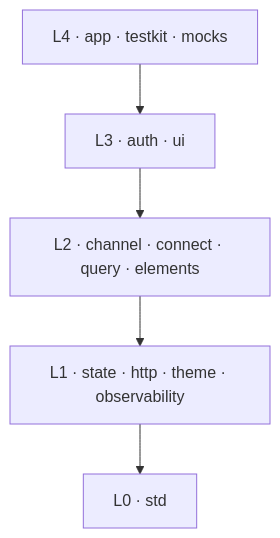
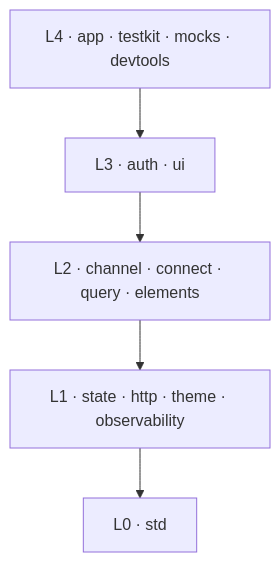
Before and after one commit to kbukum/plainworks: the diagram in README.md, drawn with Mermaid. The commit also changed other lines of this file and 41 other files, not shown here.

````diff
--- a/README.md
+++ b/README.md
@@ -43,7 +44,7 @@
 ```mermaid
 flowchart TD
-  L4["L4 · app · testkit · mocks"] --> L3["L3 · auth · ui"]
+  L4["L4 · app · testkit · mocks · devtools"] --> L3["L3 · auth · ui"]
   L3 --> L2["L2 · channel · connect · query · elements"]
   L2 --> L1["L1 · state · http · theme · observability"]
   L1 --> L0["L0 · std"]
 ```
````
